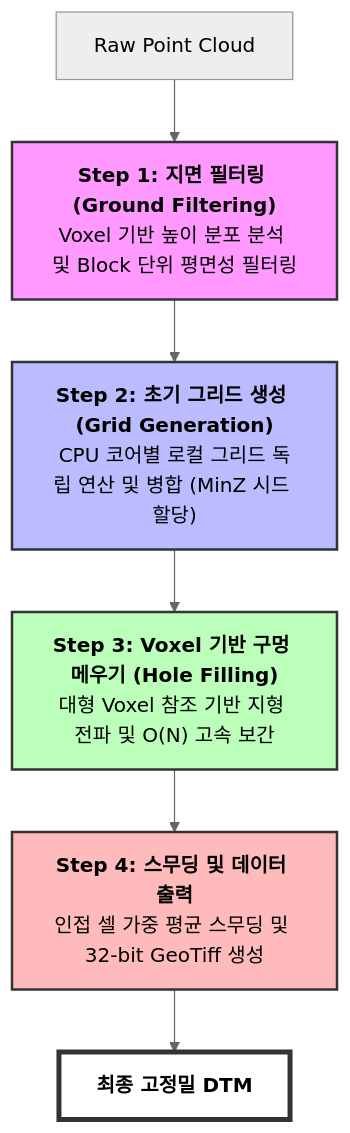
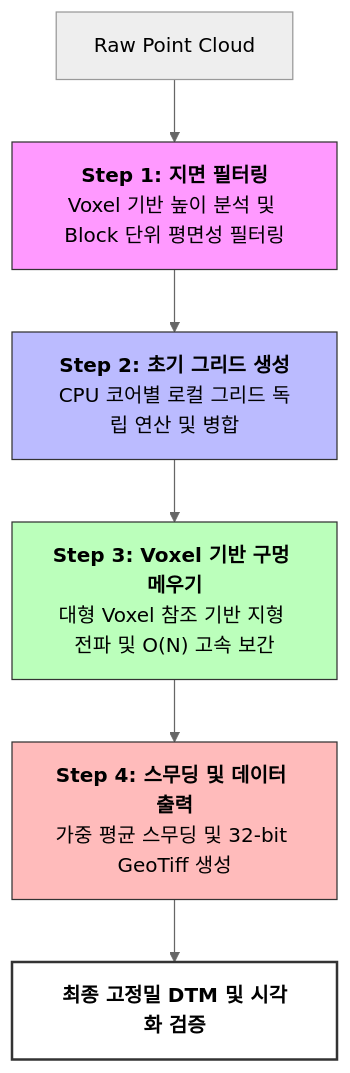
One commit to jinwoo-Sync/jinwoo-Sync.github.io changed the diagram in _projects/indonesia_gis.md. Above: the diagram before and after it, drawn with Mermaid (neutral theme). The commit also changed other lines of this file, not shown here.

````diff
--- a/_projects/indonesia_gis.md
+++ b/_projects/indonesia_gis.md
@@ -44,14 +47,14 @@
 ```mermaid
 graph TD
-    Raw["Raw Point Cloud"] --> Step1["<b>Step 1: 지면 필터링 (Ground Filtering)</b><br/>Voxel 기반 높이 분포 분석 및 Block 단위 평면성 필터링"]
-    Step1 --> Step2["<b>Step 2: 초기 그리드 생성 (Grid Generation)</b><br/>CPU 코어별 로컬 그리드 독립 연산 및 병합 (MinZ 시드 할당)"]
-    Step2 --> Step3["<b>Step 3: Voxel 기반 구멍 메우기 (Hole Filling)</b><br/>대형 Voxel 참조 기반 지형 전파 및 O(N) 고속 보간"]
-    Step3 --> Step4["<b>Step 4: 스무딩 및 데이터 출력</b><br/>인접 셀 가중 평균 스무딩 및 32-bit GeoTiff 생성"]
-    Step4 --> FinalDTM["<b>최종 고정밀 DTM</b>"]
+    Raw["Raw Point Cloud"] --> Step1["<b>Step 1: 지면 필터링</b><br/>Voxel 기반 높이 분석 및 Block 단위 평면성 필터링"]
+    Step1 --> Step2["<b>Step 2: 초기 그리드 생성</b><br/>CPU 코어별 로컬 그리드 독립 연산 및 병합"]
+    Step2 --> Step3["<b>Step 3: Voxel 기반 구멍 메우기</b><br/>대형 Voxel 참조 기반 지형 전파 및 O(N) 고속 보간"]
+    Step3 --> Step4["<b>Step 4: 스무딩 및 데이터 출력</b><br/>가중 평균 스무딩 및 32-bit GeoTiff 생성"]
+    Step4 --> FinalDTM["<b>최종 고정밀 DTM 및 시각화 검증</b>"]
 
-    style Step1 fill:#f9f,stroke:#333,stroke-width:2px
-    style Step2 fill:#bbf,stroke:#333,stroke-width:2px
-    style Step3 fill:#bfb,stroke:#333,stroke-width:2px
-    style Step4 fill:#fbb,stroke:#333,stroke-width:2px
-    style FinalDTM fill:#fff,stroke:#333,stroke-width:4px
+    style Step1 fill:#f9f,stroke:#333,stroke-width:1px
+    style Step2 fill:#bbf,stroke:#333,stroke-width:1px
+    style Step3 fill:#bfb,stroke:#333,stroke-width:1px
+    style Step4 fill:#fbb,stroke:#333,stroke-width:1px
+    style FinalDTM fill:#fff,stroke:#333,stroke-width:2px
 ```
````
